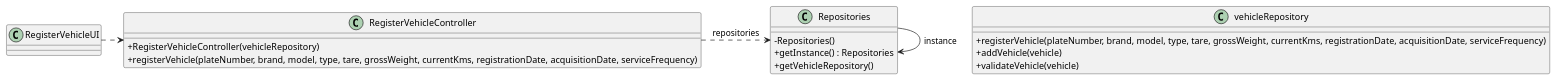
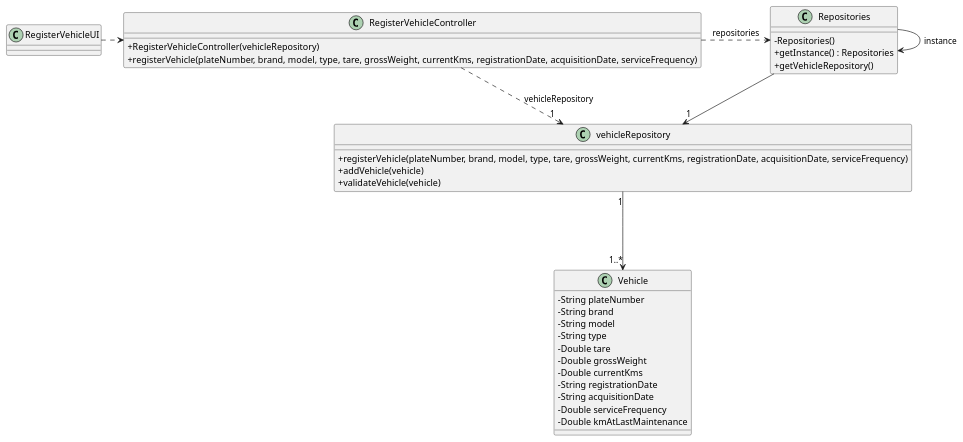
One commit to diogoveirospro/lei-24-s2-1dg-g072 changed the diagram in docs/sprintB/us006/03.design/puml/us006-class-diagram.puml. Above: the diagram before and after it, drawn with PlantUML. The commit also changed 13 other files, not shown here.

Commit message:
Made changes in the US006 class diagram and US007 design

```diff
--- a/docs/sprintB/us006/03.design/puml/us006-class-diagram.puml
+++ b/docs/sprintB/us006/03.design/puml/us006-class-diagram.puml
@@ -1,39 +1,59 @@
 @startuml
 'skinparam monochrome true
 skinparam packageStyle rectangle
 skinparam shadowing false
 skinparam linetype polyline
 'skinparam linetype orto
 
 skinparam classAttributeIconSize 0
 
 'left to right direction
 
 class Repositories {
     - Repositories()
     + getInstance() : Repositories
     + getVehicleRepository()
 }
 
 class RegisterVehicleController {
     + RegisterVehicleController(vehicleRepository)
     + registerVehicle(plateNumber, brand, model, type, tare, grossWeight, currentKms, registrationDate, acquisitionDate, serviceFrequency)
 }
 
 class vehicleRepository{
     + registerVehicle(plateNumber, brand, model, type, tare, grossWeight, currentKms, registrationDate, acquisitionDate, serviceFrequency)
     + addVehicle(vehicle)
     + validateVehicle(vehicle)
 }
 
 class RegisterVehicleUI {
 }
 
+class Vehicle{
+    - String plateNumber
+    - String brand
+    - String model
+    - String type
+    - Double tare
+    - Double grossWeight
+    - Double currentKms
+    - String registrationDate
+    - String acquisitionDate
+    - Double serviceFrequency
+    - Double kmAtLastMaintenance
+
+}
+
 Repositories -> Repositories : instance
 
 RegisterVehicleUI .> RegisterVehicleController
+RegisterVehicleController .> "1" vehicleRepository : vehicleRepository
+
+
+Repositories --> "1" vehicleRepository
 
 RegisterVehicleController .> Repositories : repositories
 
+vehicleRepository "1" ---> "1..*"Vehicle
 
 @enduml
```
